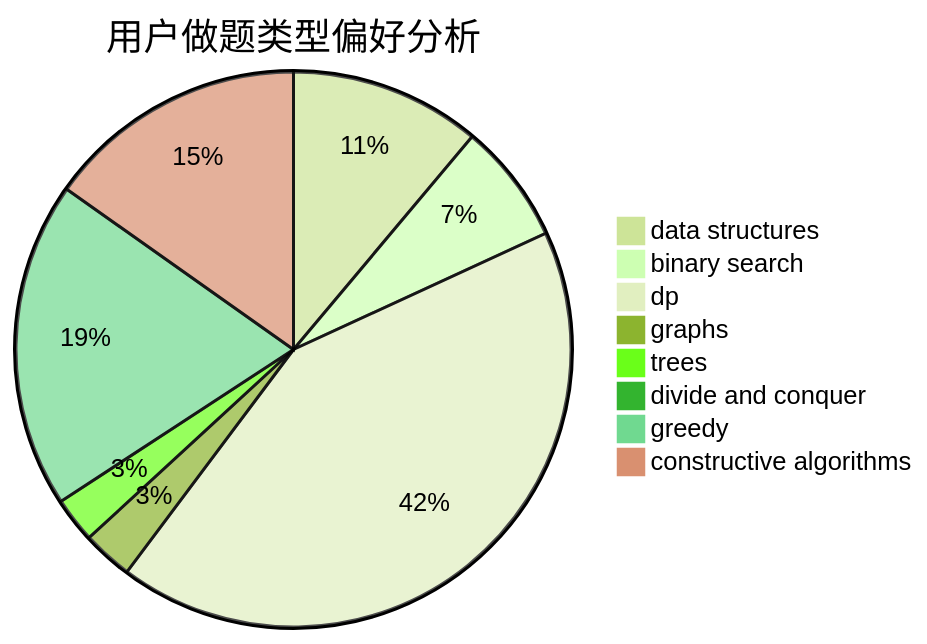
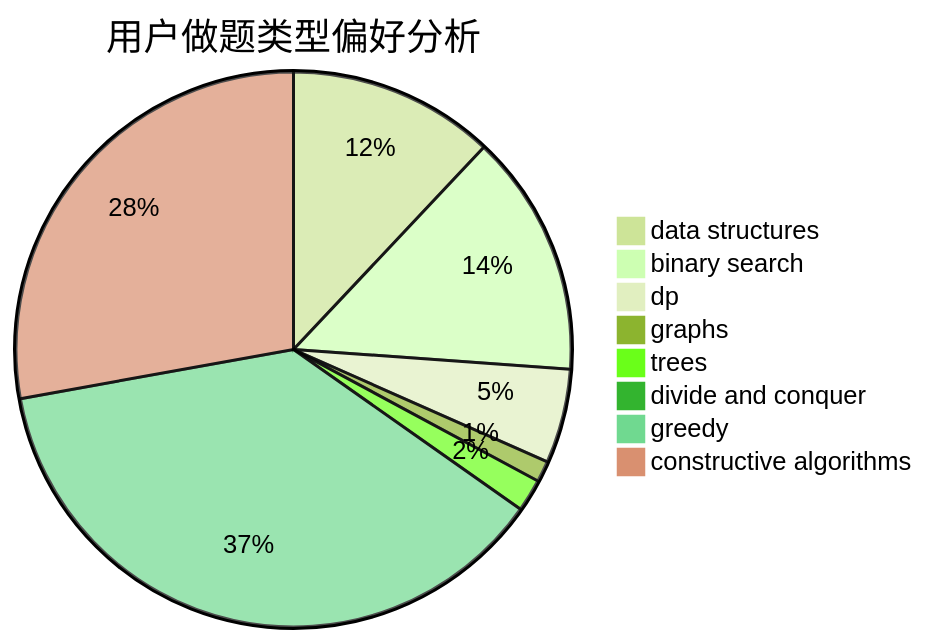
One commit to sherpahu/cfrs.github.io changed the second of 3 diagrams in docs/user/u20.md. Above: the diagram before and after it, drawn with Mermaid (forest theme). The commit also changed other lines of this file and 2770 other files, not shown here.

````diff
--- a/docs/user/u20.md
+++ b/docs/user/u20.md
@@ -23,11 +23,11 @@
 ```mermaid
 pie title 用户做题类型偏好分析
-    "data structures" :  38
-    "binary search" :  24
-    "dp" :  144
-    "graphs" :  10
-    "trees" :  9
-    "divide and conquer" :  0
-    "greedy" :  65
-    "constructive algorithms" :  52
+    "data structures" :  177
+    "binary search" :  208
+    "dp" :  81
+    "graphs" :  18
+    "trees" :  28
+    "divide and conquer" :  13
+    "greedy" :  551
+    "constructive algorithms" :  410
 ```
````
